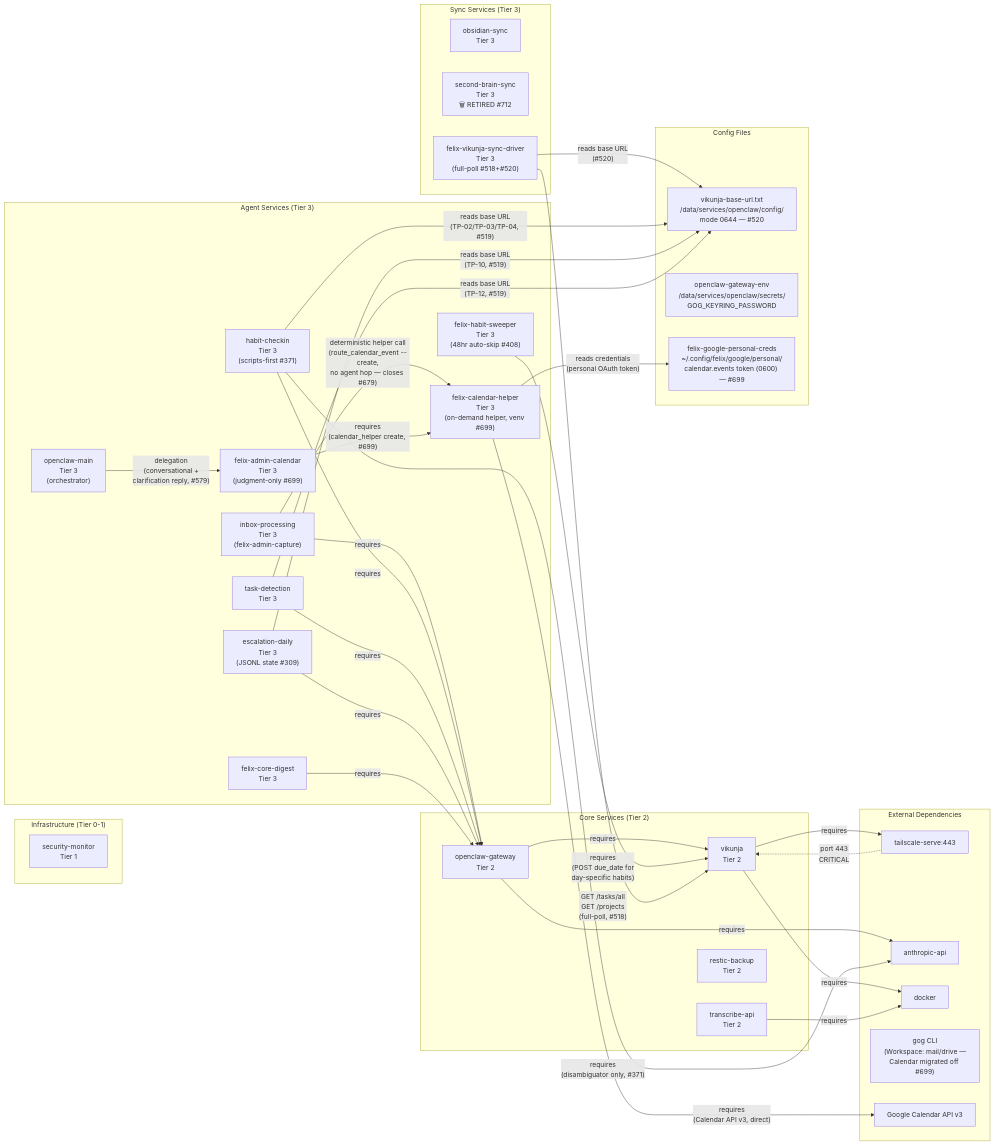
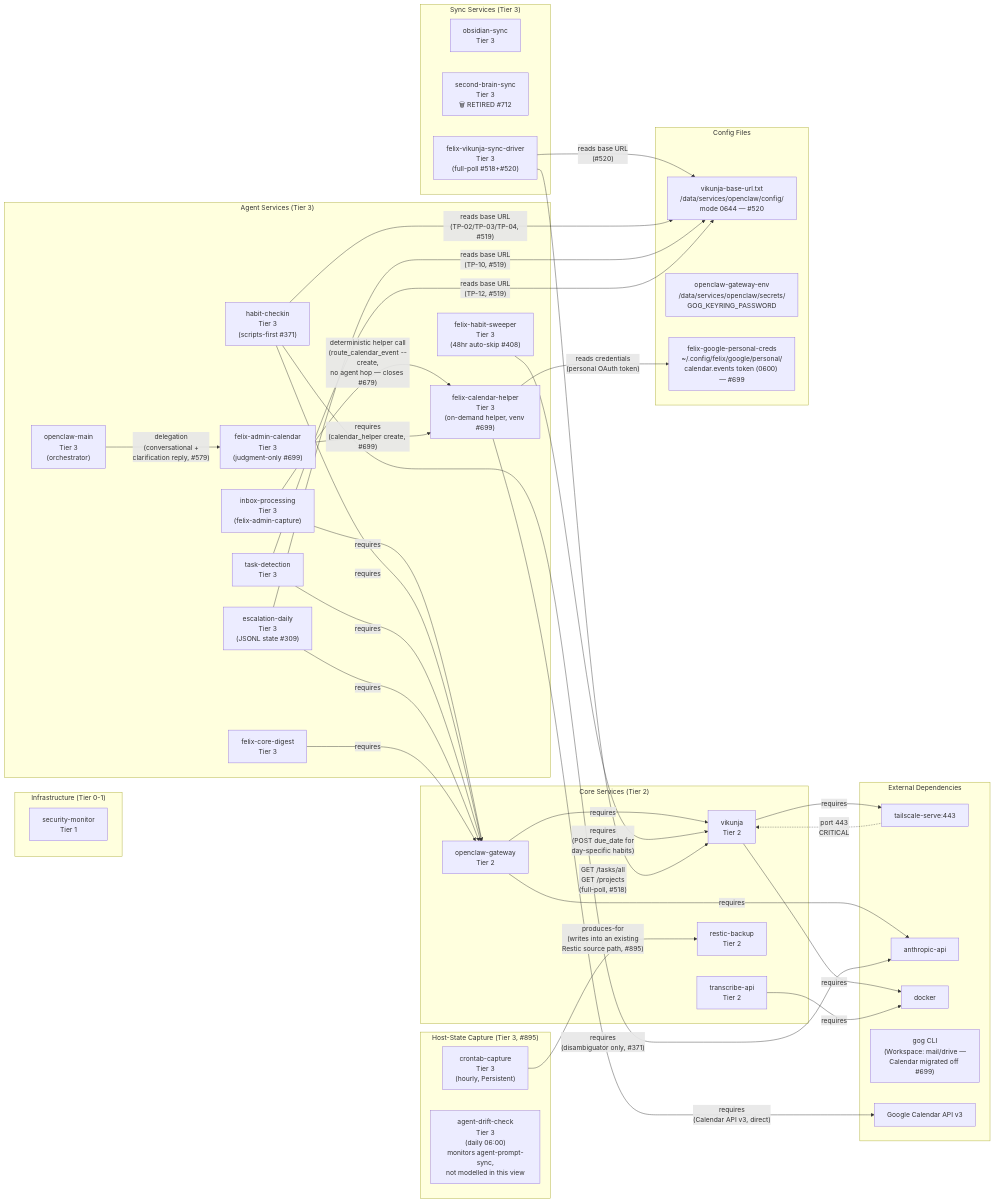
The diagram in docs/design/architecture/service-dependencies.view.md (kentonium3/kg-automation), drawn with Mermaid before and after one commit. The commit also changed other lines of this file and 20 other files, not shown here.

````diff
--- a/docs/design/architecture/service-dependencies.view.md
+++ b/docs/design/architecture/service-dependencies.view.md
@@ -49,74 +49,80 @@
 ```mermaid
 graph LR
     subgraph Infrastructure["Infrastructure (Tier 0-1)"]
         security-monitor["security-monitor<br/>Tier 1"]
     end
 
     subgraph Core["Core Services (Tier 2)"]
         vikunja["vikunja<br/>Tier 2"]
         openclaw["openclaw-gateway<br/>Tier 2"]
         transcribe["transcribe-api<br/>Tier 2"]
         restic["restic-backup<br/>Tier 2"]
     end
 
     subgraph Agents["Agent Services (Tier 3)"]
         main["openclaw-main<br/>Tier 3<br/>(orchestrator)"]
         inbox["inbox-processing<br/>Tier 3<br/>(felix-admin-capture)"]
         habits["habit-checkin<br/>Tier 3<br/>(scripts-first #371)"]
         habitsweeper["felix-habit-sweeper<br/>Tier 3<br/>(48hr auto-skip #408)"]
         taskdet["task-detection<br/>Tier 3"]
         escalation["escalation-daily<br/>Tier 3<br/>(JSONL state #309)"]
         calendar["felix-admin-calendar<br/>Tier 3<br/>(judgment-only #699)"]
         calendar_helper["felix-calendar-helper<br/>Tier 3<br/>(on-demand helper, venv #699)"]
         digest["felix-core-digest<br/>Tier 3"]
+    end
+
+    subgraph HostState["Host-State Capture (Tier 3, #895)"]
+        crontabcap["crontab-capture<br/>Tier 3<br/>(hourly, Persistent)"]
+        driftcheck["agent-drift-check<br/>Tier 3<br/>(daily 06:00)<br/>monitors agent-prompt-sync,<br/>not modelled in this view"]
     end
 
     subgraph Sync["Sync Services (Tier 3)"]
         obsidian["obsidian-sync<br/>Tier 3"]
         secondbrain["second-brain-sync<br/>Tier 3<br/>🗑 RETIRED #712"]
         vikunja_sync["felix-vikunja-sync-driver<br/>Tier 3<br/>(full-poll #518+#520)"]
     end
 
     subgraph Config["Config Files"]
         url_config["vikunja-base-url.txt<br/>/data/services/openclaw/config/<br/>mode 0644 — #520"]
         gateway_env["openclaw-gateway-env<br/>/data/services/openclaw/secrets/<br/>GOG_KEYRING_PASSWORD"]
         felix_google_creds["felix-google-personal-creds<br/>~/.config/felix/google/personal/<br/>calendar.events token (0600) — #699"]
     end
 
     subgraph External["External Dependencies"]
         tailscale["tailscale-serve:443"]
         anthropic["anthropic-api"]
         docker["docker"]
         gog["gog CLI<br/>(Workspace: mail/drive —<br/>Calendar migrated off #699)"]
         google_cal_api["Google Calendar API v3"]
     end
 
     vikunja -->|"requires"| tailscale
     vikunja -->|"requires"| docker
     tailscale -.->|"port 443<br/>CRITICAL"| vikunja
 
     openclaw -->|"requires"| anthropic
     openclaw -->|"requires"| vikunja
 
     transcribe -->|"requires"| docker
 
     inbox -->|"requires"| openclaw
     habits -->|"requires"| openclaw
     habits -->|"requires<br/>(disambiguator only, #371)"| anthropic
     habitsweeper -->|"requires<br/>(POST due_date for<br/>day-specific habits)"| vikunja
     taskdet -->|"requires"| openclaw
     escalation -->|"requires"| openclaw
     digest -->|"requires"| openclaw
 
     main -->|"delegation<br/>(conversational +<br/>clarification reply, #579)"| calendar
     inbox -->|"deterministic helper call<br/>(route_calendar_event --create,<br/>no agent hop — closes #679)"| calendar_helper
     calendar -->|"requires<br/>(calendar_helper create, #699)"| calendar_helper
     calendar_helper -->|"requires<br/>(Calendar API v3, direct)"| google_cal_api
     calendar_helper -->|"reads credentials<br/>(personal OAuth token)"| felix_google_creds
 
     vikunja_sync -->|"GET /tasks/all<br/>GET /projects<br/>(full-poll, #518)"| vikunja
     vikunja_sync -->|"reads base URL<br/>(#520)"| url_config
     habits -->|"reads base URL<br/>(TP-02/TP-03/TP-04, #519)"| url_config
     escalation -->|"reads base URL<br/>(TP-10, #519)"| url_config
     taskdet -->|"reads base URL<br/>(TP-12, #519)"| url_config
+    crontabcap -->|"produces-for<br/>(writes into an existing<br/>Restic source path, #895)"| restic
 ```
````
